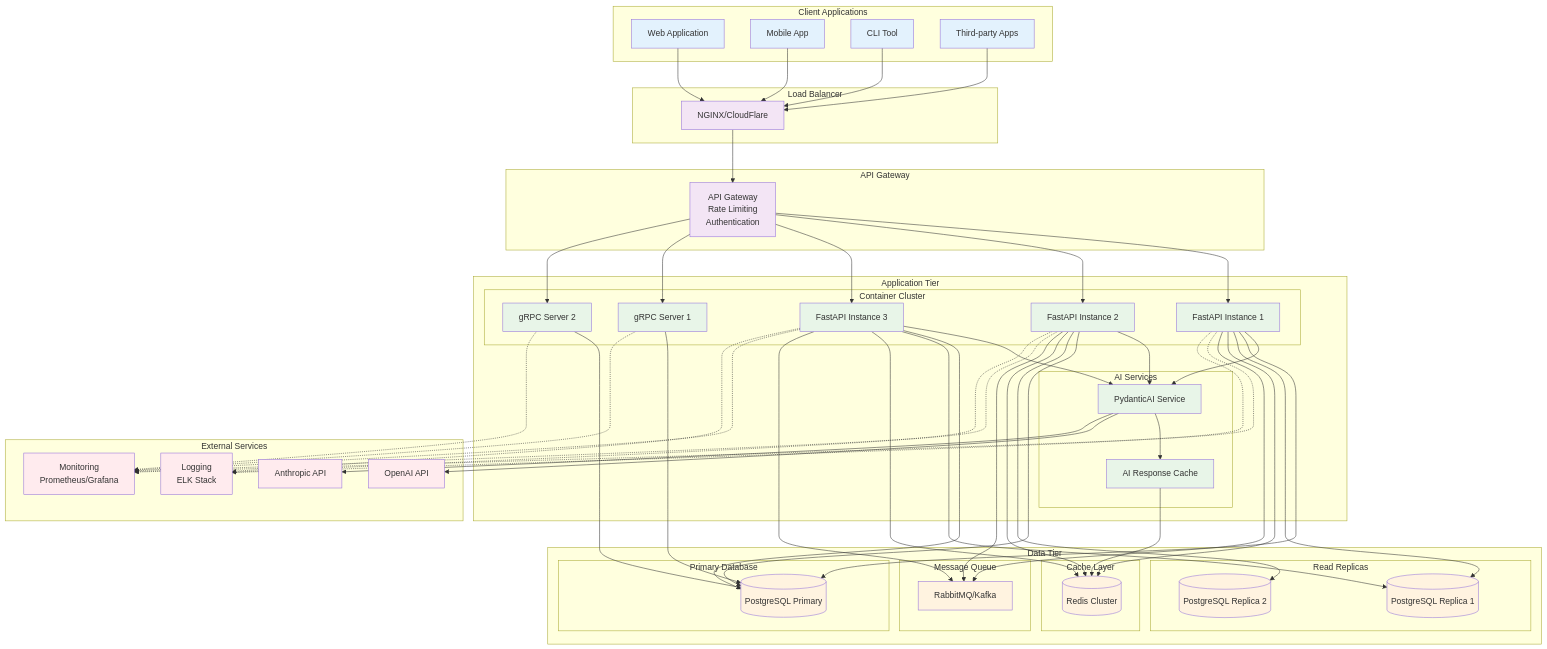
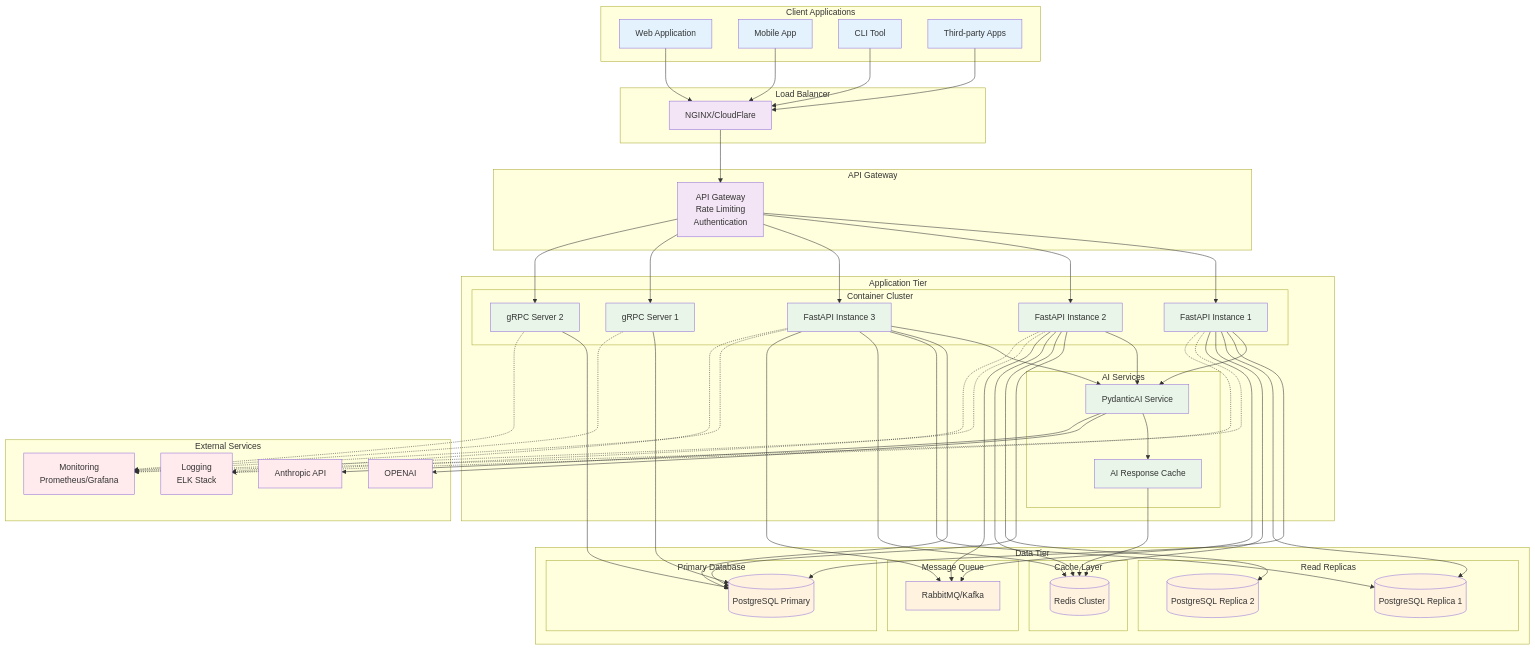
The seventh of 7 diagrams in docs/ARCHITECTURE.md (prometheus88/pfsdk), drawn with Mermaid before and after one commit. The commit also changed other lines of this file and 3 other files, not shown here.

First line of the commit message:
Fix mermaid diagram syntax for v10.6.1 compatibility

```diff
--- a/docs/ARCHITECTURE.md
+++ b/docs/ARCHITECTURE.md
@@ -659,7 +659,7 @@
     end
 
     subgraph "API Gateway"
-        GATEWAY[API Gateway<br/>Rate Limiting<br/>Authentication]
+        GATEWAY["API Gateway<br/>Rate Limiting<br/>Authentication"]
     end
 
     subgraph "Application Tier"
@@ -699,8 +699,8 @@
     subgraph "External Services"
         OPENAI[OpenAI API]
         ANTHROPIC[Anthropic API]
-        MONITORING[Monitoring<br/>Prometheus/Grafana]
-        LOGGING[Logging<br/>ELK Stack]
+        MONITORING["Monitoring<br/>Prometheus/Grafana"]
+        LOGGING["Logging<br/>ELK Stack"]
     end
 
     %% Client connections
@@ -745,8 +745,8 @@
     API2 --> QUEUE
     API3 --> QUEUE
 
-    %% External service connections
-    AI_SVC --> OPENAI
+    %% External service connections  
+    AI_SVC --> OPENAI[OPENAI]
     AI_SVC --> ANTHROPIC
 
     %% Monitoring connections
```
